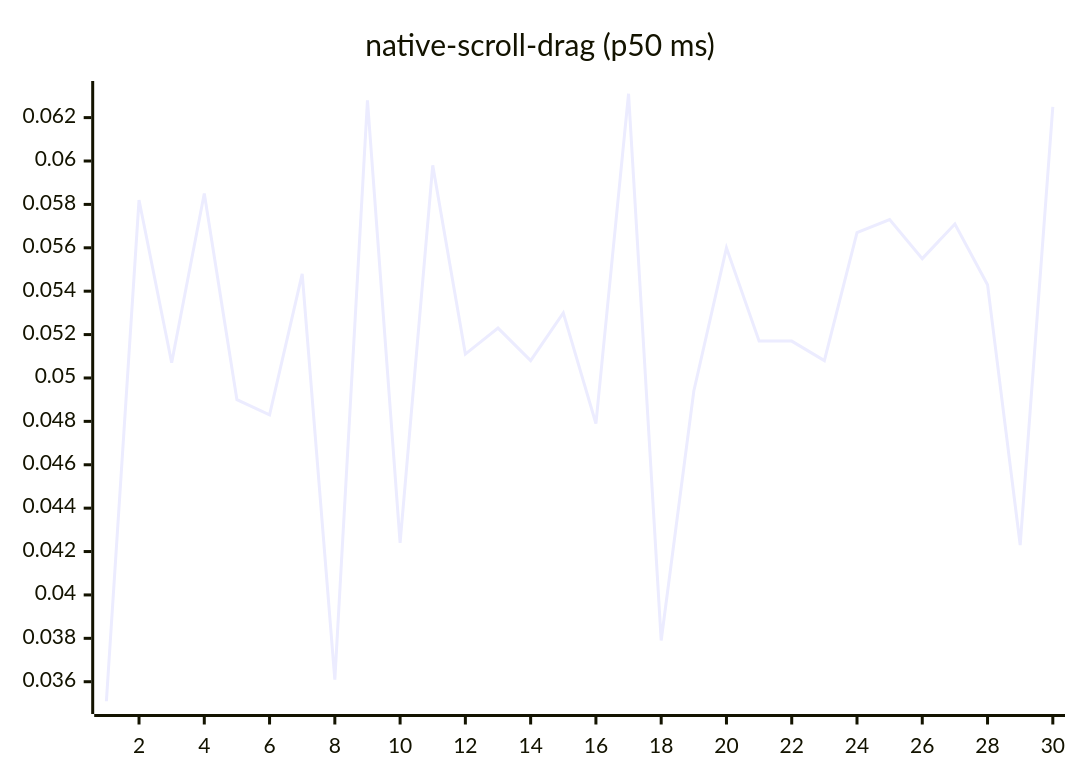
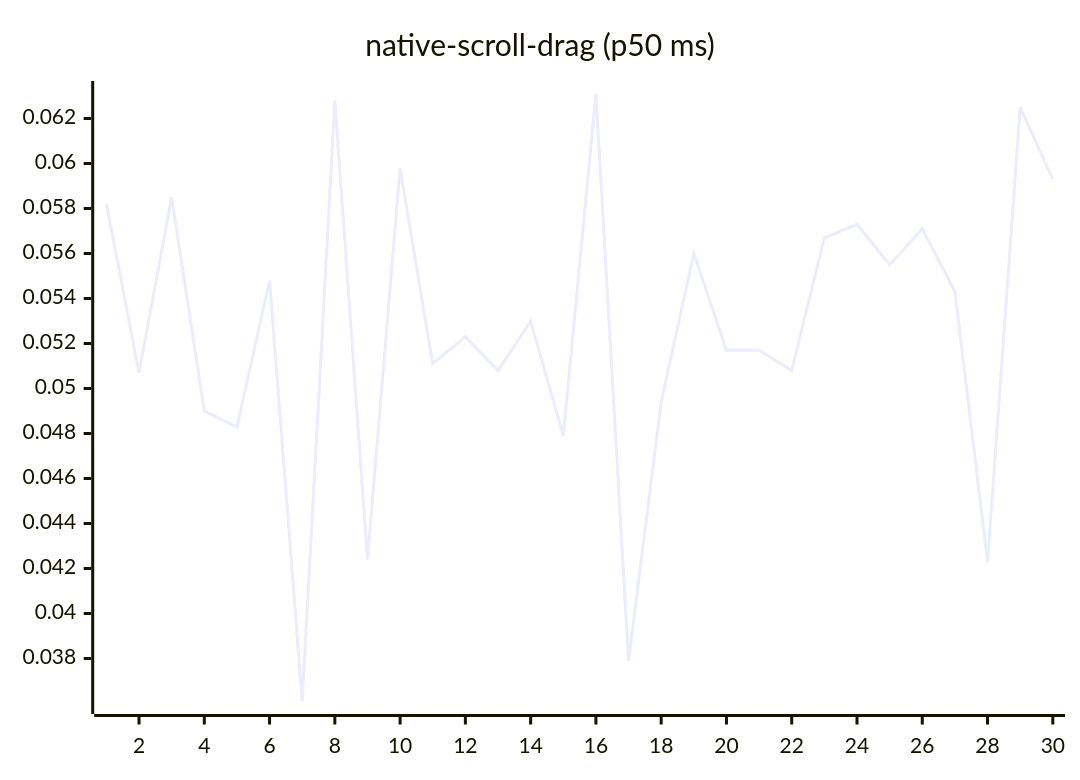
Before and after one commit to josha/Facet: diagram 14 of 27 in README.md, drawn with Mermaid. The commit also changed other lines of this file and 2 other files, not shown here.

````diff
--- a/README.md
+++ b/README.md
@@ -154,6 +154,6 @@
 ```mermaid
 xychart-beta
     title "native-scroll-drag (p50 ms)"
     x-axis 1 --> 30
-    line [0.0351, 0.0582, 0.0507, 0.0585, 0.0490, 0.0483, 0.0548, 0.0361, 0.0628, 0.0424, 0.0598, 0.0511, 0.0523, 0.0508, 0.0530, 0.0479, 0.0631, 0.0379, 0.0494, 0.0560, 0.0517, 0.0517, 0.0508, 0.0567, 0.0573, 0.0555, 0.0571, 0.0543, 0.0423, 0.0625]
+    line [0.0582, 0.0507, 0.0585, 0.0490, 0.0483, 0.0548, 0.0361, 0.0628, 0.0424, 0.0598, 0.0511, 0.0523, 0.0508, 0.0530, 0.0479, 0.0631, 0.0379, 0.0494, 0.0560, 0.0517, 0.0517, 0.0508, 0.0567, 0.0573, 0.0555, 0.0571, 0.0543, 0.0423, 0.0625, 0.0593]
 ```
````
